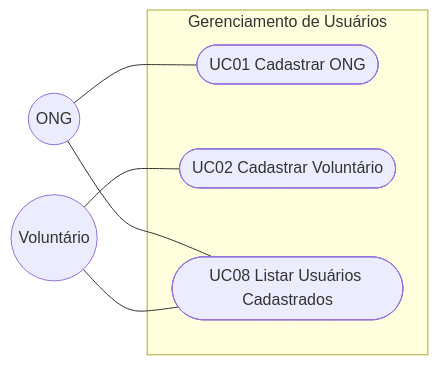
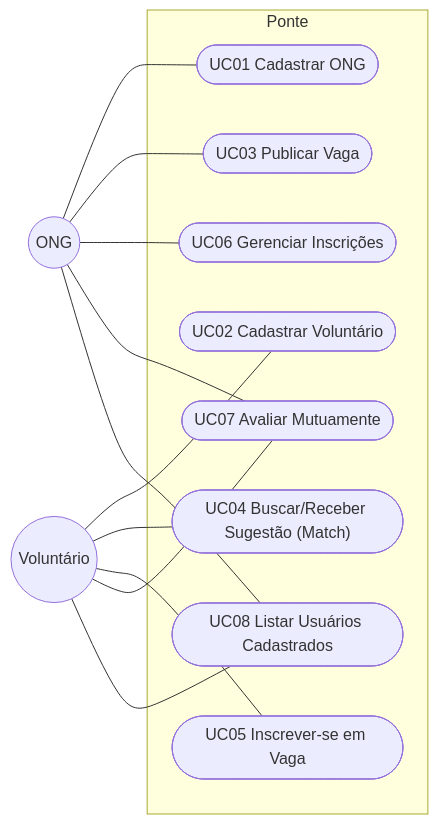
The diagram in docs/04-casos-de-uso/README.md (beapessoa/Ponte-mps), drawn with Mermaid before and after one commit. The commit also changed other lines of this file and 11 other files, not shown here.

````diff
--- a/docs/04-casos-de-uso/README.md
+++ b/docs/04-casos-de-uso/README.md
@@ -7,16 +7,27 @@
 ```mermaid
 flowchart LR
     ONG(("ONG"))
     Voluntario(("Voluntário"))
 
-    subgraph GU["Gerenciamento de Usuários"]
+    subgraph Ponte["Ponte"]
         UC01(["UC01 Cadastrar ONG"])
         UC02(["UC02 Cadastrar Voluntário"])
+        UC03(["UC03 Publicar Vaga"])
+        UC04(["UC04 Buscar/Receber Sugestão (Match)"])
+        UC05(["UC05 Inscrever-se em Vaga"])
+        UC06(["UC06 Gerenciar Inscrições"])
+        UC07(["UC07 Avaliar Mutuamente"])
         UC08(["UC08 Listar Usuários Cadastrados"])
     end
 
     ONG --- UC01
+    ONG --- UC03
+    ONG --- UC06
+    ONG --- UC07
     ONG --- UC08
     Voluntario --- UC02
+    Voluntario --- UC04
+    Voluntario --- UC05
+    Voluntario --- UC07
     Voluntario --- UC08
 ```
````
